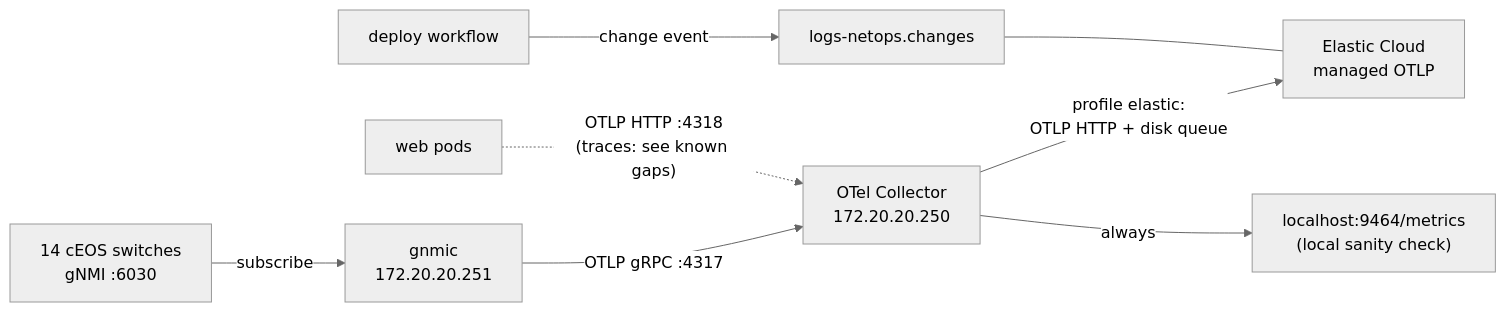
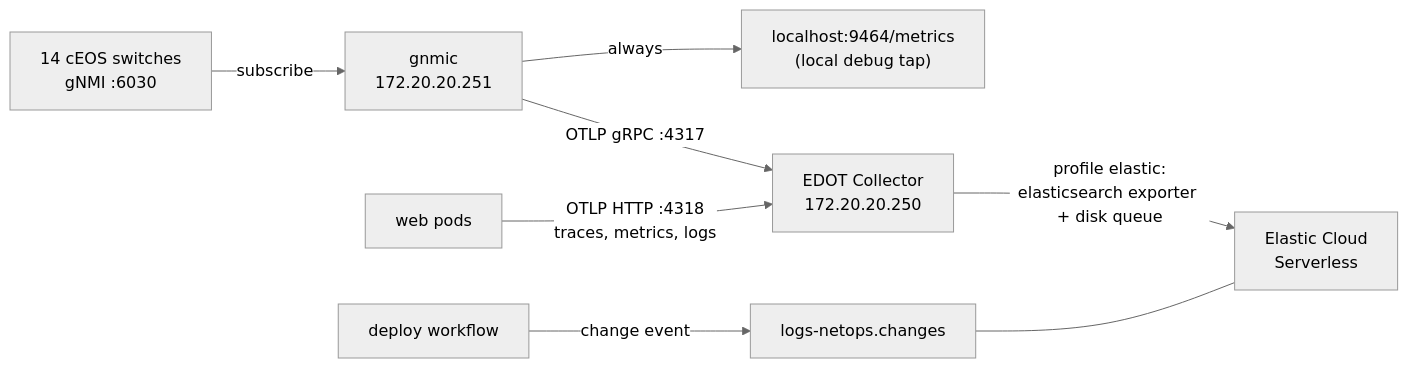
One commit to samurato/network-lab changed the seventh of 9 diagrams in docs/architecture.md. Above: the diagram before and after it, drawn with Mermaid (neutral theme). The commit also changed other lines of this file and 31 other files, not shown here.

````diff
--- a/docs/architecture.md
+++ b/docs/architecture.md
@@ -330,10 +330,10 @@
 ```mermaid
 flowchart LR
   SW["14 cEOS switches<br/>gNMI :6030"] -- "subscribe" --> GN["gnmic<br/>172.20.20.251"]
-  GN -- "OTLP gRPC :4317" --> OC["OTel Collector<br/>172.20.20.250"]
-  APP["web pods"] -. "OTLP HTTP :4318<br/>(traces: see known gaps)" .-> OC
-  OC -- "profile elastic:<br/>OTLP HTTP + disk queue" --> ES["Elastic Cloud<br/>managed OTLP"]
-  OC -- "always" --> PR["localhost:9464/metrics<br/>(local sanity check)"]
+  GN -- "OTLP gRPC :4317" --> OC["EDOT Collector<br/>172.20.20.250"]
+  APP["web pods"] -- "OTLP HTTP :4318<br/>traces, metrics, logs" --> OC
+  OC -- "profile elastic:<br/>elasticsearch exporter + disk queue" --> ES["Elastic Cloud<br/>Serverless"]
+  GN -- "always" --> PR["localhost:9464/metrics<br/>(local debug tap)"]
   CI["deploy workflow"] -- "change event" --> ESC["logs-netops.changes"]
   ESC --- ES
 ```
````
